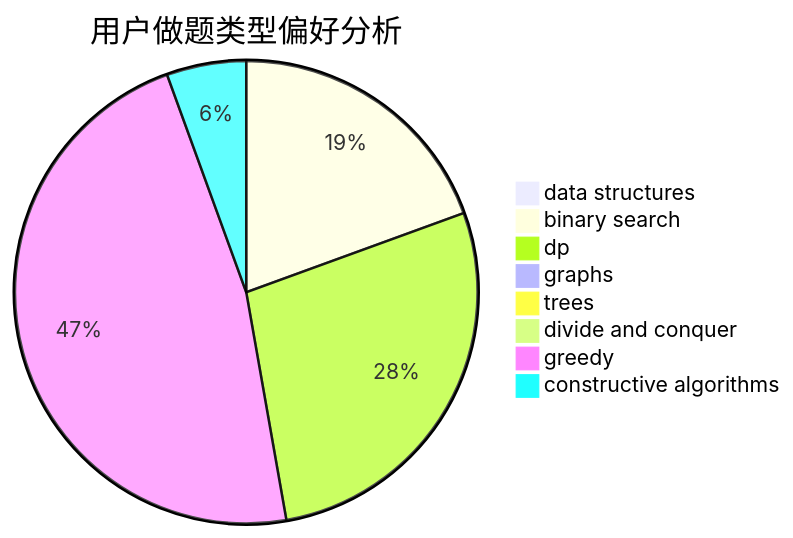
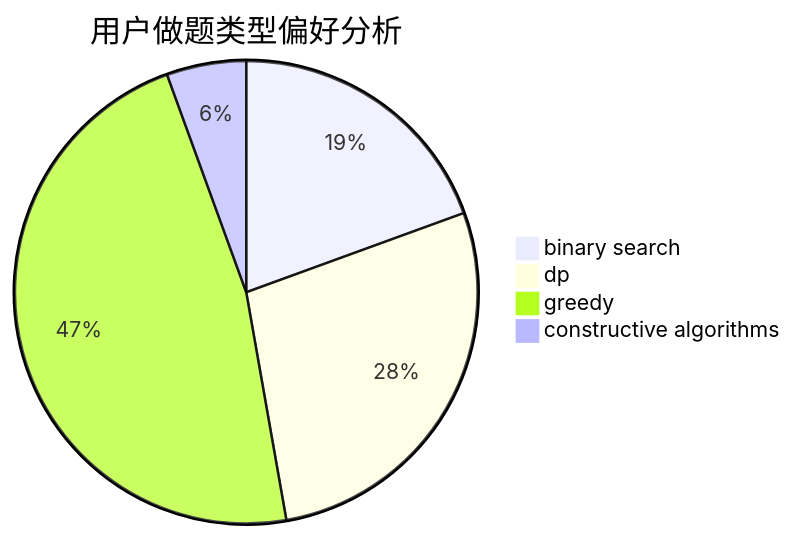
The second of 3 diagrams in docs/user/u2478.md (sherpahu/cfrs.github.io), drawn with Mermaid before and after one commit. The commit also changed other lines of this file and 2770 other files, not shown here.

````diff
--- a/docs/user/u2478.md
+++ b/docs/user/u2478.md
@@ -18,11 +16,7 @@
 ```mermaid
 pie title 用户做题类型偏好分析
-    "data structures" :  0
     "binary search" :  21
     "dp" :  30
-    "graphs" :  0
-    "trees" :  0
-    "divide and conquer" :  0
     "greedy" :  51
     "constructive algorithms" :  6
 ```
````
